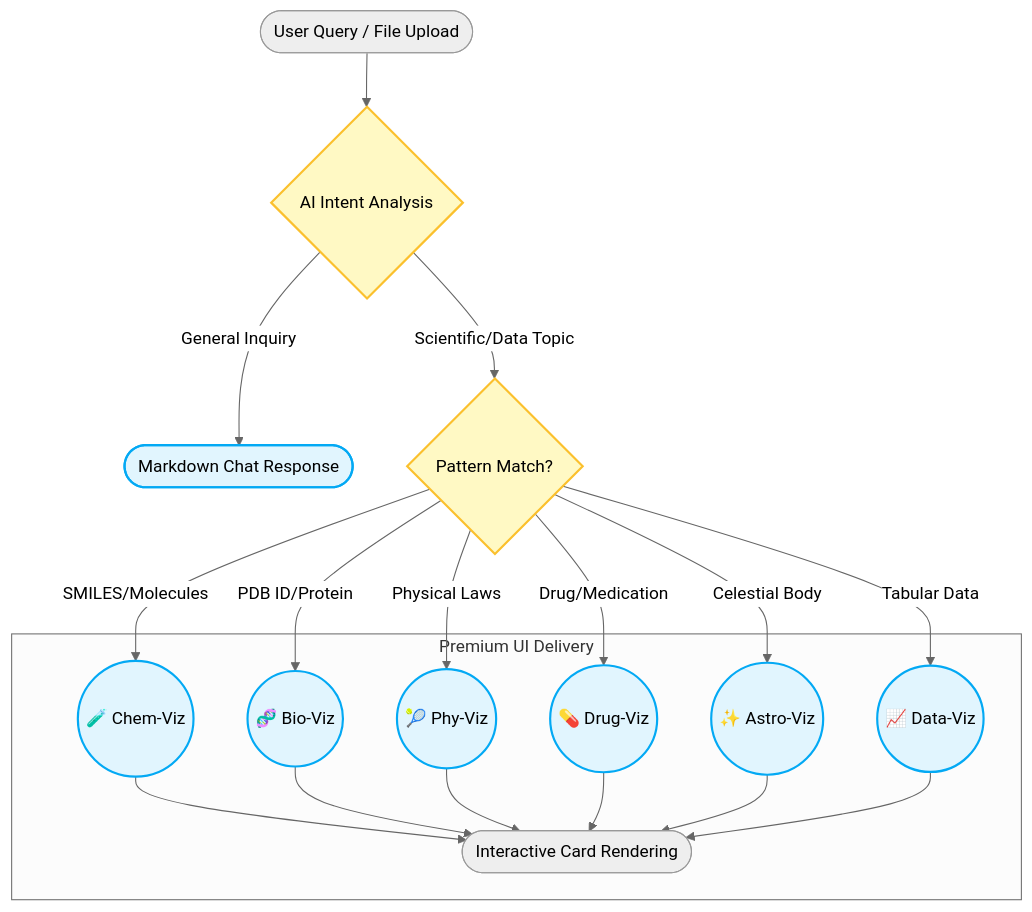
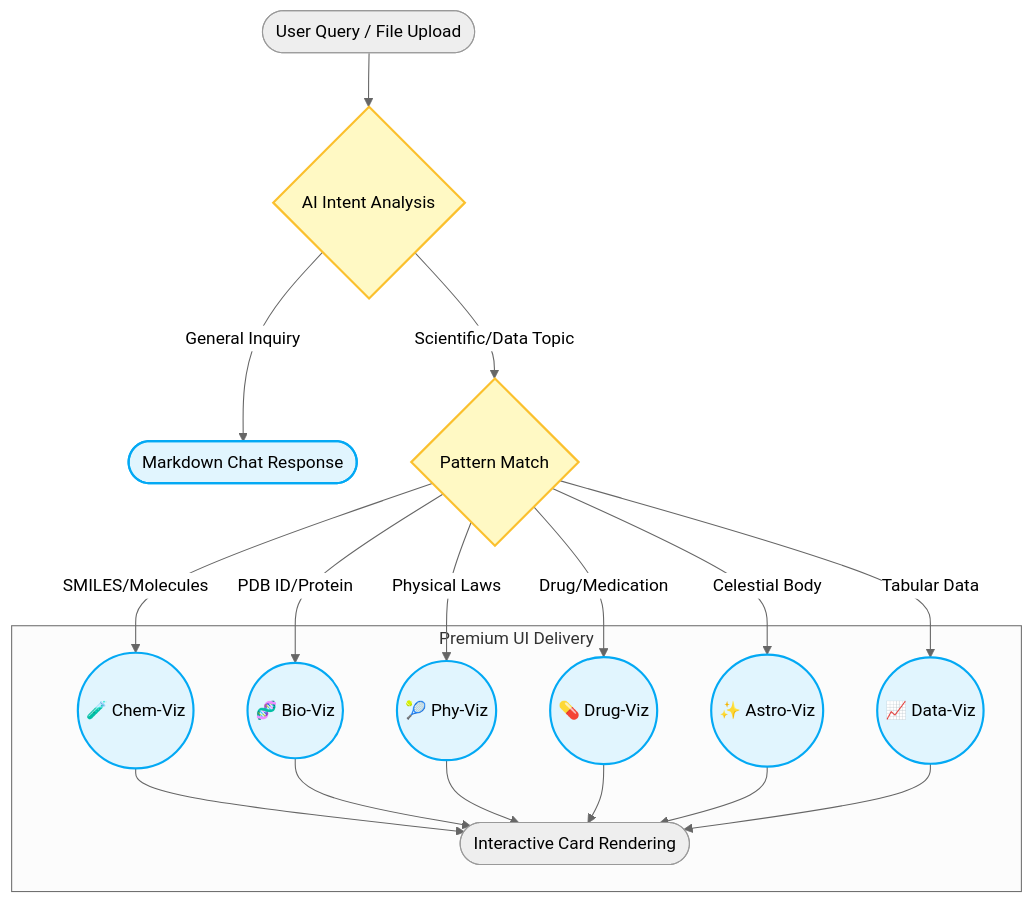
Before and after one commit to jpjp92/chat-agent: the second of 2 diagrams in README.md, drawn with Mermaid (neutral theme).

Commit message:
docs: Remove question mark from 'Pattern Match' node in AI intent analysis diagram.

````diff
--- a/README.md
+++ b/README.md
@@ -197,24 +197,24 @@
 ```mermaid
 flowchart TD
     In([User Query / File Upload]) --> AI{AI Intent Analysis}
     
     AI -- "General Inquiry" --> Text([Markdown Chat Response])
-    AI -- "Scientific/Data Topic" --> Pattern{Pattern Match?}
+    AI -- "Scientific/Data Topic" --> Pattern{Pattern Match}
     
     Pattern -- "SMILES/Molecules" --> Chem((🧪 Chem-Viz))
     Pattern -- "PDB ID/Protein" --> Bio((🧬 Bio-Viz))
     Pattern -- "Physical Laws" --> Phy((🎾 Phy-Viz))
     Pattern -- "Drug/Medication" --> Drug((💊 Drug-Viz))
     Pattern -- "Celestial Body" --> Astro((✨ Astro-Viz))
     Pattern -- "Tabular Data" --> Charts((📈 Data-Viz))
 
     subgraph Output ["Premium UI Delivery"]
         Chem & Bio & Phy & Drug & Astro & Charts --> Card([Interactive Card Rendering])
     end
 
     %% Logic Styling (Decision Tree Style)
     classDef decision fill:#fff9c4,stroke:#fbc02d,stroke-width:2px;
     classDef process fill:#e1f5fe,stroke:#03a9f4,stroke-width:2px;
     class AI,Pattern decision;
     class Chem,Bio,Phy,Drug,Astro,Charts,Text process;
 ```
````
